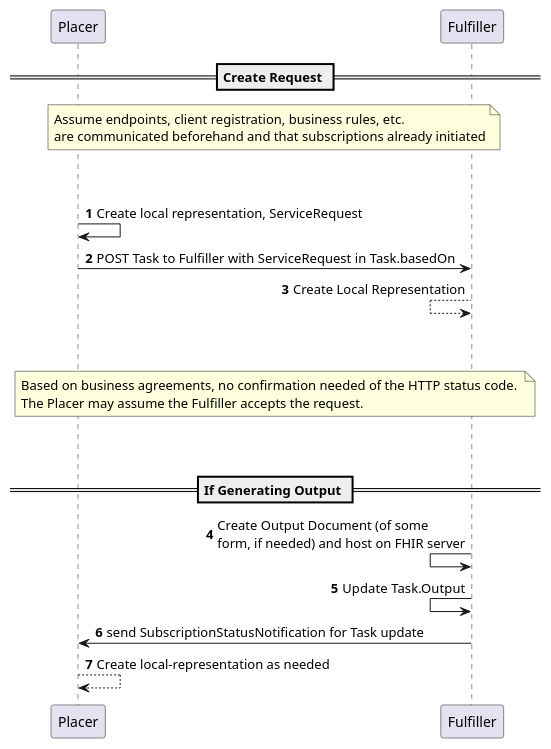
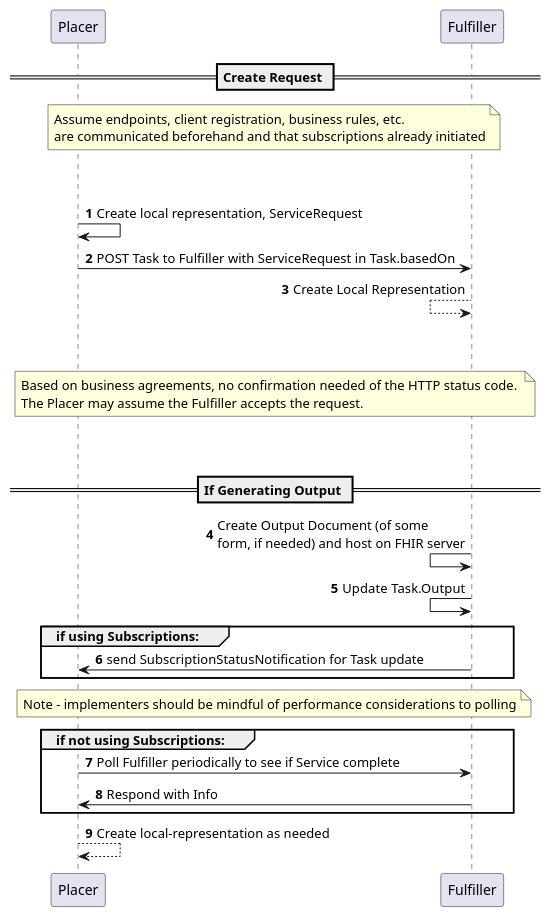
One commit to brianswinkels/fhir-cow-ig changed the diagram in input/images-source/no-decline-subscriptions-task-at-fulfiller.plantuml. Above: the diagram before and after it, drawn with PlantUML.

```diff
--- a/input/images-source/no-decline-subscriptions-task-at-fulfiller.plantuml
+++ b/input/images-source/no-decline-subscriptions-task-at-fulfiller.plantuml
@@ -1,38 +1,46 @@
 @startuml
 'skinparam svgDimensionStyle false
 autonumber
 
 == Create Request ==
 
 note over Placer,Fulfiller
 Assume endpoints, client registration, business rules, etc. 
 are communicated beforehand and that subscriptions already initiated
 end note
 
 ||45||
 
 Placer -> Placer : Create local representation, ServiceRequest
 
 Placer -> Fulfiller : POST Task to Fulfiller with ServiceRequest in Task.basedOn
 
 Fulfiller <-- Fulfiller: Create Local Representation
 
 ||45||
 
 note over Placer,Fulfiller
 Based on business agreements, no confirmation needed of the HTTP status code. 
 The Placer may assume the Fulfiller accepts the request. 
 end note
 
 ||45||
 
 == If Generating Output == 
 
 Fulfiller <- Fulfiller : Create Output Document (of some\nform, if needed) and host on FHIR server
 
 Fulfiller <- Fulfiller: Update Task.Output
 
-Placer <- Fulfiller: send SubscriptionStatusNotification for Task update
+group if using Subscriptions:
+    Placer <- Fulfiller: send SubscriptionStatusNotification for Task update
+end
+
+note over Placer,Fulfiller: Note - implementers should be mindful of performance considerations to polling
+group if not using Subscriptions:
+    Placer -> Fulfiller: Poll Fulfiller periodically to see if Service complete
+    Fulfiller -> Placer: Respond with Info
+end
 
 Placer --> Placer : Create local-representation as needed
 @enduml
```
